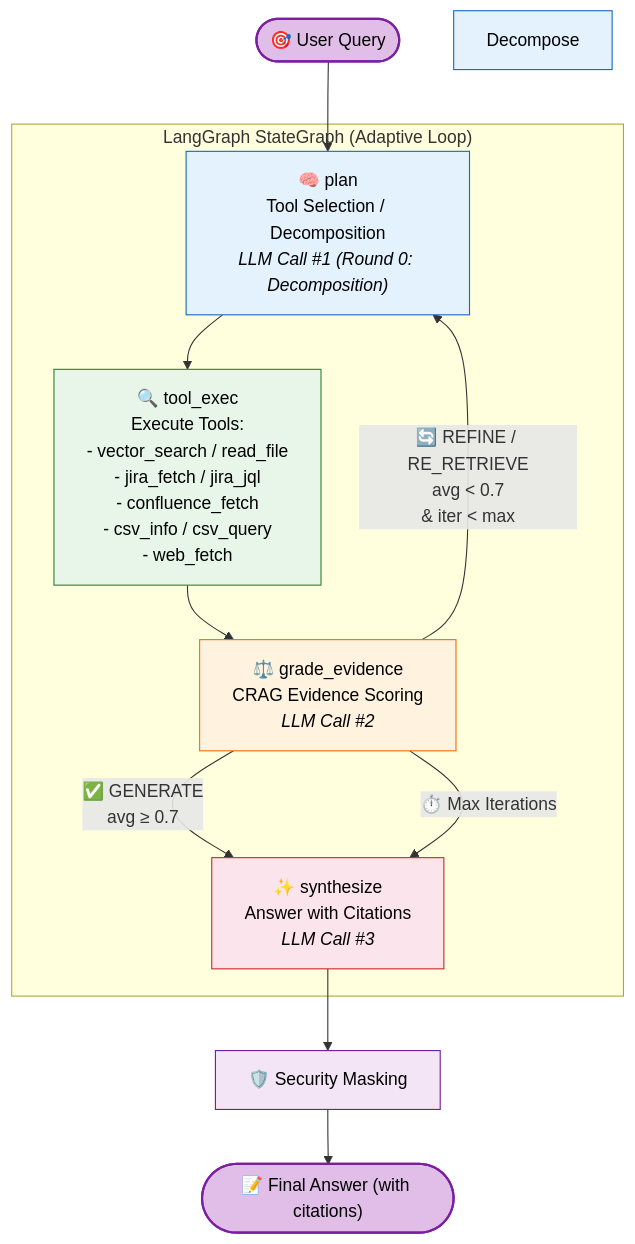
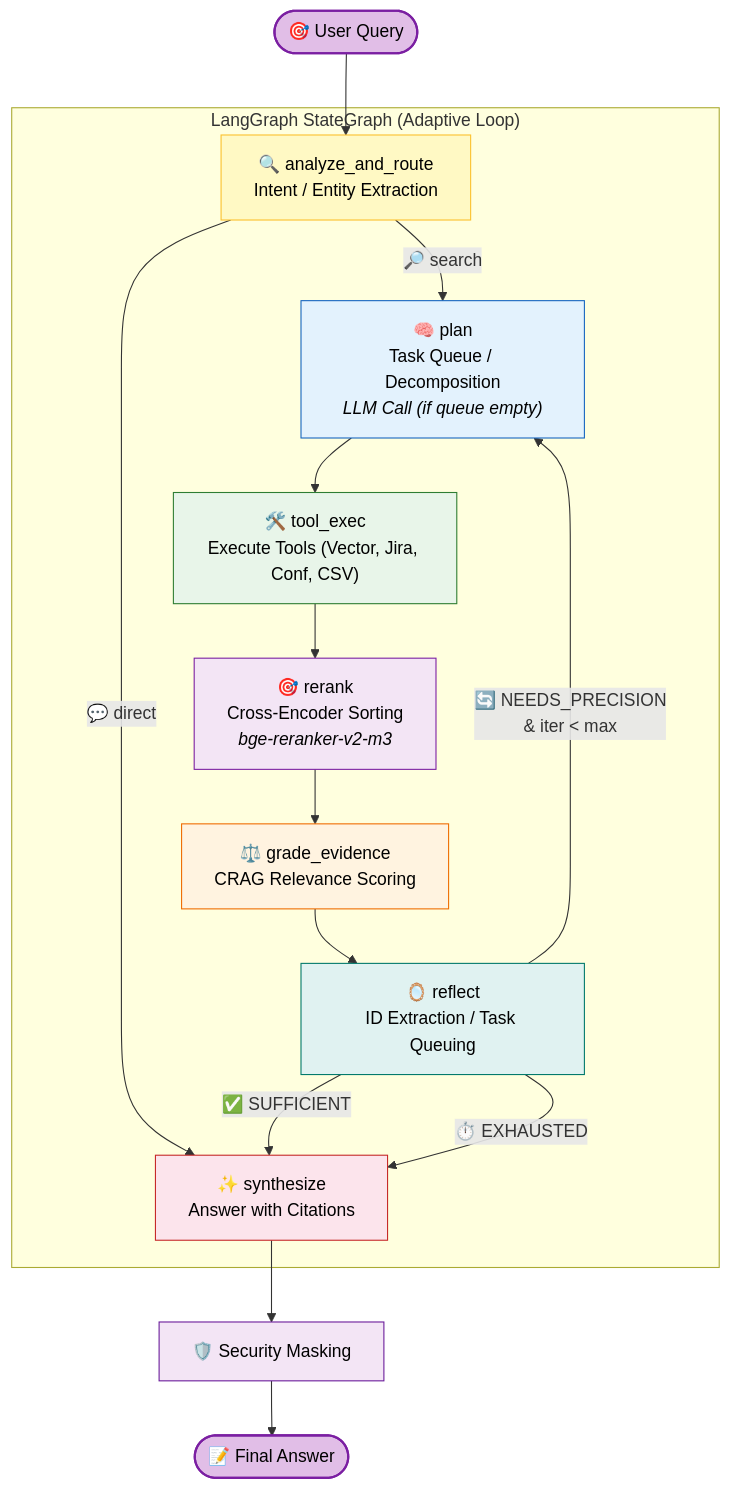
The diagram in README.md (coin1860/kb-agent), drawn with Mermaid before and after one commit. The commit also changed other lines of this file and 27 other files, not shown here.

````diff
--- a/README.md
+++ b/README.md
@@ -86,29 +84,38 @@
 ```mermaid
 graph TD
-    Start(["🎯 User Query"]) --> Plan
+    Start(["🎯 User Query"]) --> AnalyzeRoute
 
     subgraph "LangGraph StateGraph (Adaptive Loop)"
-        Plan["🧠 plan<br/>Tool Selection / Decomposition<br/><i>LLM Call #1 (Round 0: Decomposition)</i>"]
-        ToolExec["🔍 tool_exec<br/>Execute Tools:<br/>- vector_search / read_file<br/>- jira_fetch / jira_jql<br/>- confluence_fetch<br/>- csv_info / csv_query<br/>- web_fetch"]
-        Grade["⚖️ grade_evidence<br/>CRAG Evidence Scoring<br/><i>LLM Call #2</i>"]
-        Synth["✨ synthesize<br/>Answer with Citations<br/><i>LLM Call #3</i>"]
+        AnalyzeRoute["🔍 analyze_and_route<br/>Intent / Entity Extraction"]
+        Plan["🧠 plan<br/>Task Queue / Decomposition<br/><i>LLM Call (if queue empty)</i>"]
+        ToolExec["🛠️ tool_exec<br/>Execute Tools (Vector, Jira, Conf, CSV)"]
+        Rerank["🎯 rerank<br/>Cross-Encoder Sorting<br/><i>bge-reranker-v2-m3</i>"]
+        Grade["⚖️ grade_evidence<br/>CRAG Relevance Scoring"]
+        Reflect["🪞 reflect<br/>ID Extraction / Task Queuing"]
+        Synth["✨ synthesize<br/>Answer with Citations"]
 
+        AnalyzeRoute -->|"🔎 search"| Plan
+        AnalyzeRoute -->|"💬 direct"| Synth
         Plan --> ToolExec
-        ToolExec --> Grade
-        Grade -->|"✅ GENERATE<br/>avg ≥ 0.7"| Synth
-        Grade -->|"🔄 REFINE / RE_RETRIEVE<br/>avg < 0.7<br/>& iter < max"| Plan
-        Grade -->|"⏱️ Max Iterations"| Synth
+        ToolExec --> Rerank
+        Rerank --> Grade
+        Grade --> Reflect
+        Reflect -->|"✅ SUFFICIENT"| Synth
+        Reflect -->|"🔄 NEEDS_PRECISION<br/>& iter < max"| Plan
+        Reflect -->|"⏱️ EXHAUSTED"| Synth
     end
 
     Synth --> Mask["🛡️ Security Masking"]
-    Mask --> End(["📝 Final Answer (with citations)"])
+    Mask --> End(["📝 Final Answer"])
 
     style Start fill:#e1bee7,stroke:#7b1fa2,stroke-width:2px,color:#000
     style End fill:#e1bee7,stroke:#7b1fa2,stroke-width:2px,color:#000
-    style Decompose fill:#e3f2fd,stroke:#1565c0,color:#000
+    style AnalyzeRoute fill:#fff9c4,stroke:#fbc02d,color:#000
     style Plan fill:#e3f2fd,stroke:#1565c0,color:#000
     style ToolExec fill:#e8f5e9,stroke:#2e7d32,color:#000
+    style Rerank fill:#f3e5f5,stroke:#7b1fa2,color:#000
     style Grade fill:#fff3e0,stroke:#ef6c00,color:#000
+    style Reflect fill:#e0f2f1,stroke:#00796b,color:#000
     style Synth fill:#fce4ec,stroke:#c62828,color:#000
     style Mask fill:#f3e5f5,stroke:#6a1b9a,color:#000
 ```
````
